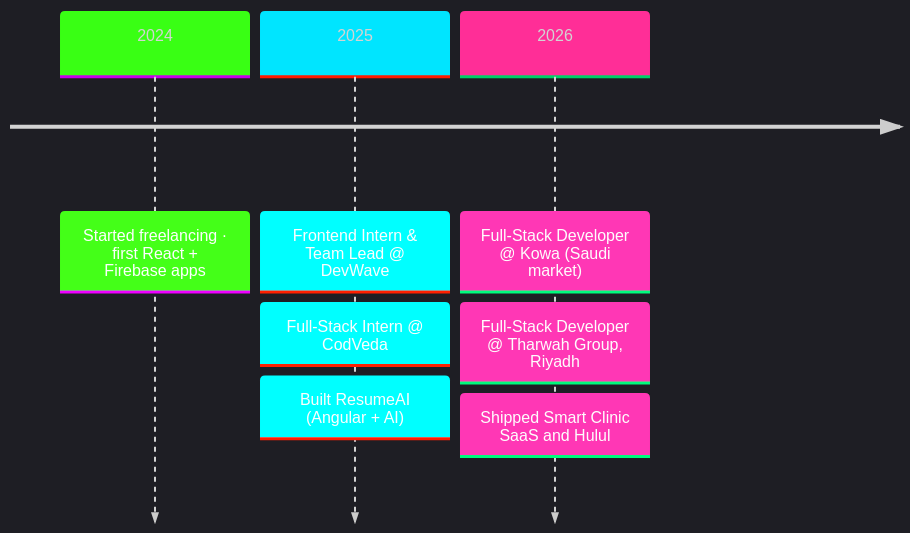
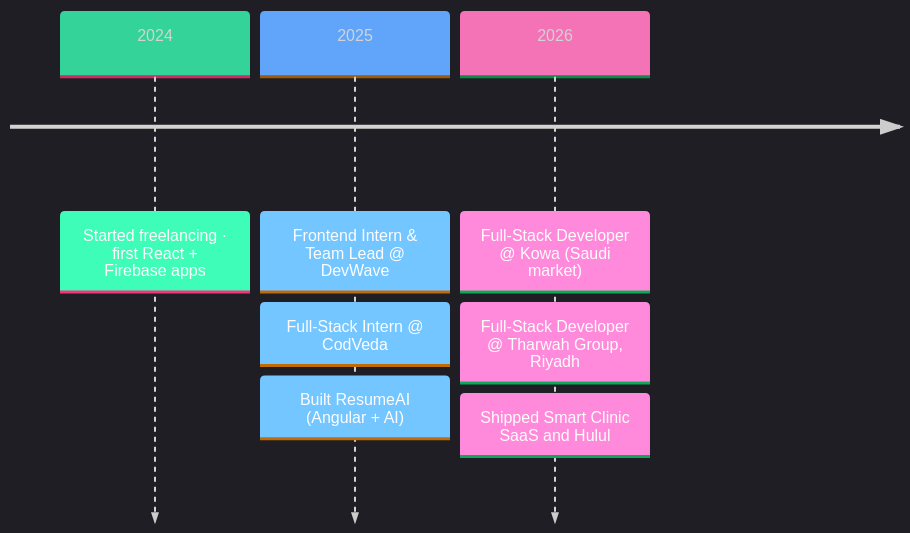
Before and after one commit to Medo6143/Medo6143: the diagram in README.md, drawn with Mermaid. The commit also changed other lines of this file and 11 other files, not shown here.

````diff
--- a/README.md
+++ b/README.md
@@ -102,11 +82,11 @@
 ```mermaid
-%%{init: {'theme':'dark','themeVariables':{'primaryColor':'#070b16','primaryTextColor':'#e2e8f0','lineColor':'#00e5ff','cScale0':'#39ff14','cScale1':'#00e5ff','cScale2':'#ff2e97'}}}%%
+%%{init: {'theme':'dark','themeVariables':{'primaryColor':'#05070f','primaryTextColor':'#e2e8f0','lineColor':'#60a5fa','cScale0':'#34d399','cScale1':'#60a5fa','cScale2':'#f472b6'}}}%%
 timeline
     2024 : Started freelancing · first React + Firebase apps
     2025 : Frontend Intern & Team Lead @ DevWave
          : Full-Stack Intern @ CodVeda
          : Built ResumeAI (Angular + AI)
     2026 : Full-Stack Developer @ Kowa (Saudi market)
          : Full-Stack Developer @ Tharwah Group, Riyadh
          : Shipped Smart Clinic SaaS and Hulul
 ```
````
